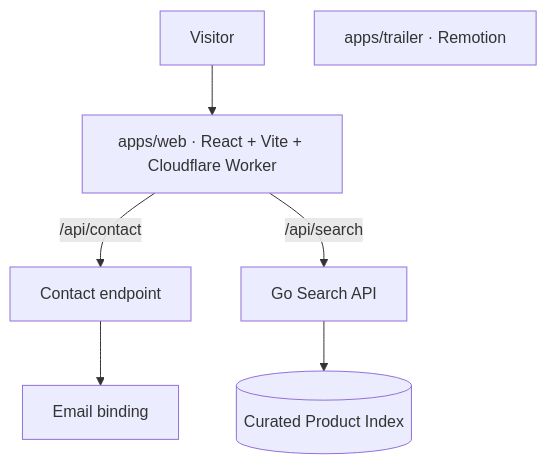
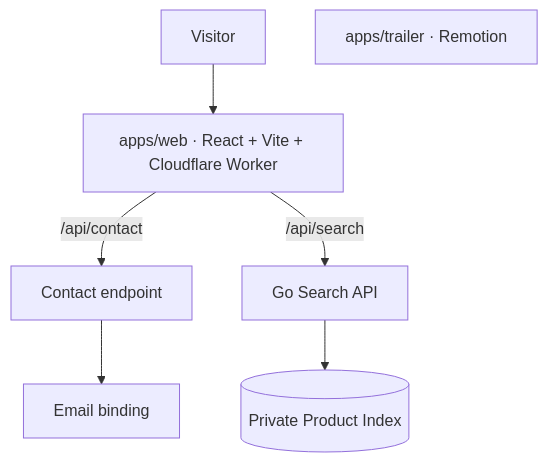
Before and after one commit to iskWang/taiwanhaul: the first of 2 diagrams in README.md, drawn with Mermaid. The commit also changed other lines of this file and 96 other files, not shown here.

````diff
--- a/README.md
+++ b/README.md
@@ -7,9 +7,9 @@
 ```mermaid
 graph TD
   Visitor --> Web["apps/web · React + Vite + Cloudflare Worker"]
   Web -->|"/api/contact"| Contact["Contact endpoint"]
   Contact --> Email["Email binding"]
   Web -->|"/api/search"| SearchAPI["Go Search API"]
-  SearchAPI --> D1[("Curated Product Index")]
+  SearchAPI --> D1[("Private Product Index")]
   Trailer["apps/trailer · Remotion"]
 ```
````
